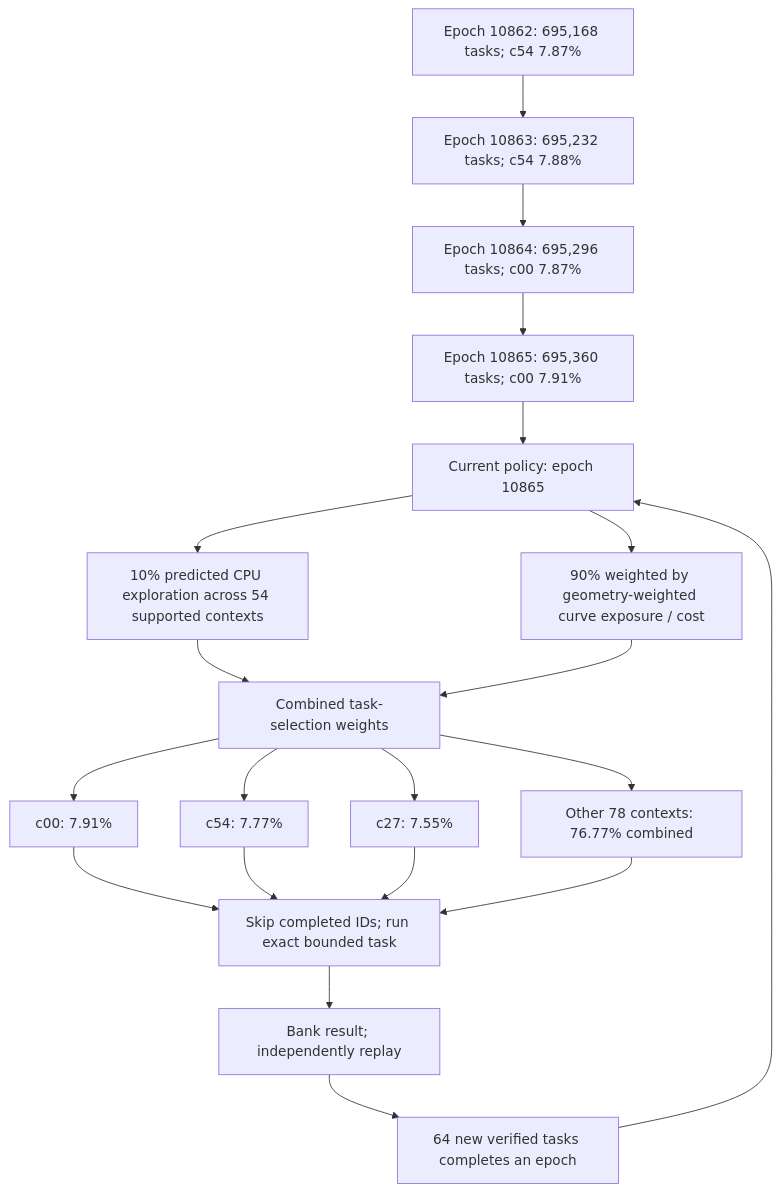
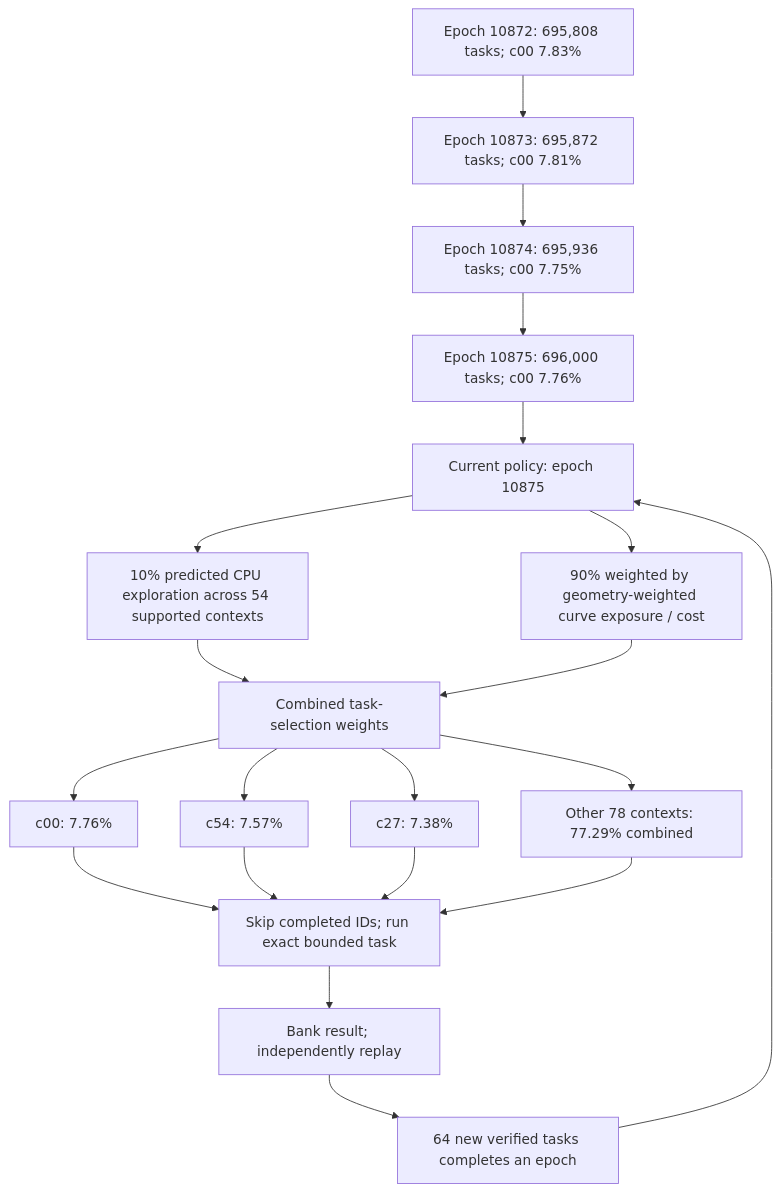
One commit to Kuberwastaken/math-gambling changed the first of 4 diagrams in README.md. Above: the diagram before and after it, drawn with Mermaid. The commit also changed other lines of this file and 2268 other files, not shown here.

````diff
--- a/README.md
+++ b/README.md
@@ -60,27 +60,27 @@
 ```mermaid
 flowchart TD
-    H0["Epoch 10862: 695,168 tasks; c54 7.87%"]
-    H1["Epoch 10863: 695,232 tasks; c54 7.88%"]
+    H0["Epoch 10872: 695,808 tasks; c00 7.83%"]
+    H1["Epoch 10873: 695,872 tasks; c00 7.81%"]
     H0 --> H1
-    H2["Epoch 10864: 695,296 tasks; c00 7.87%"]
+    H2["Epoch 10874: 695,936 tasks; c00 7.75%"]
     H1 --> H2
-    H3["Epoch 10865: 695,360 tasks; c00 7.91%"]
+    H3["Epoch 10875: 696,000 tasks; c00 7.76%"]
     H2 --> H3
-    Policy["Current policy: epoch 10865"]
+    Policy["Current policy: epoch 10875"]
     H3 --> Policy
     Policy --> Explore["10% predicted CPU exploration across 54 supported contexts"]
     Policy --> Cost["90% weighted by geometry-weighted curve exposure / cost"]
     Explore --> Mix["Combined task-selection weights"]
     Cost --> Mix
-    Mix --> C0["c00: 7.91%"]
-    Mix --> C1["c54: 7.77%"]
-    Mix --> C2["c27: 7.55%"]
-    Mix --> Rest["Other 78 contexts: 76.77% combined"]
+    Mix --> C0["c00: 7.76%"]
+    Mix --> C1["c54: 7.57%"]
+    Mix --> C2["c27: 7.38%"]
+    Mix --> Rest["Other 78 contexts: 77.29% combined"]
     C0 --> Check["Skip completed IDs; run exact bounded task"]
     C1 --> Check
     C2 --> Check
     Rest --> Check
     Check --> Replay["Bank result; independently replay"]
     Replay --> Gate["64 new verified tasks completes an epoch"]
     Gate --> Policy
 ```
````
